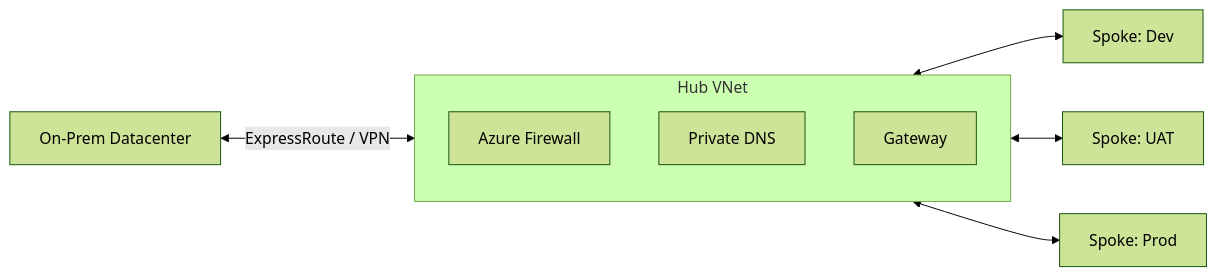
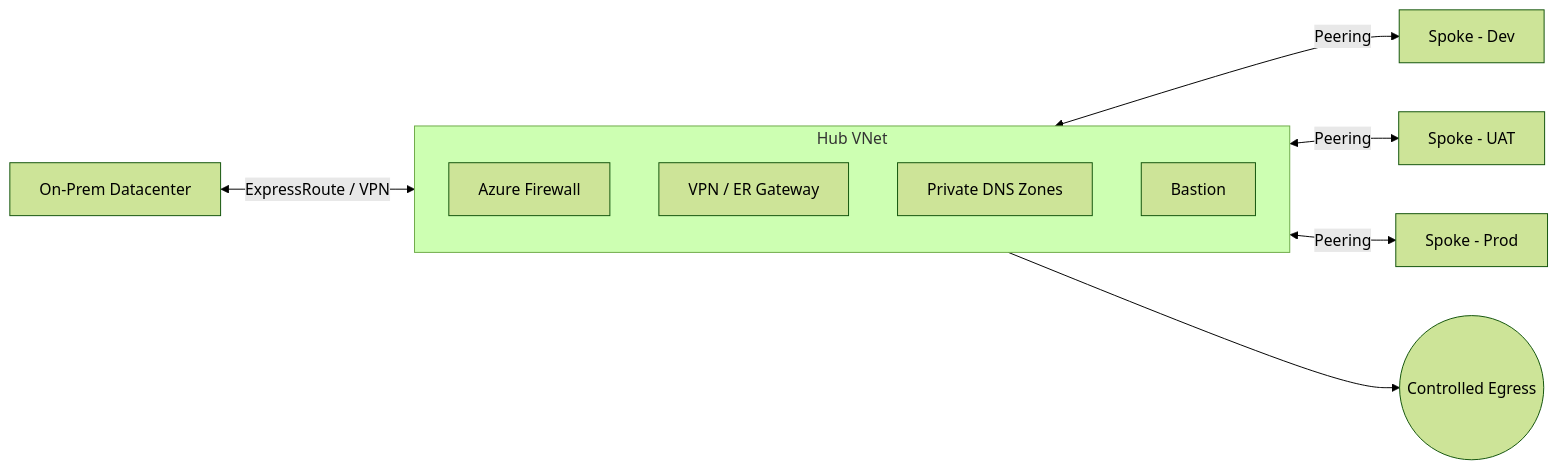
The third of 5 diagrams in README.md (gunjanrajput026-ctrl/gunjanrajput026-ctrl), drawn with Mermaid (forest theme) before and after one commit. The commit also changed other lines of this file, not shown here.

````diff
--- a/README.md
+++ b/README.md
@@ -66,12 +232,14 @@
 ```mermaid
 flowchart LR
     ONP[On-Prem Datacenter] <-->|ExpressRoute / VPN| HUB
     subgraph HUB[Hub VNet]
         FW[Azure Firewall]
-        DNS[Private DNS]
-        GW[Gateway]
+        GW[VPN / ER Gateway]
+        DNS[Private DNS Zones]
+        BAS[Bastion]
     end
-    HUB <--> DEV[Spoke: Dev]
-    HUB <--> UAT[Spoke: UAT]
-    HUB <--> PRD[Spoke: Prod]
+    HUB <-->|Peering| S1[Spoke - Dev]
+    HUB <-->|Peering| S2[Spoke - UAT]
+    HUB <-->|Peering| S3[Spoke - Prod]
+    HUB --> EG((Controlled Egress))
 ```
````
